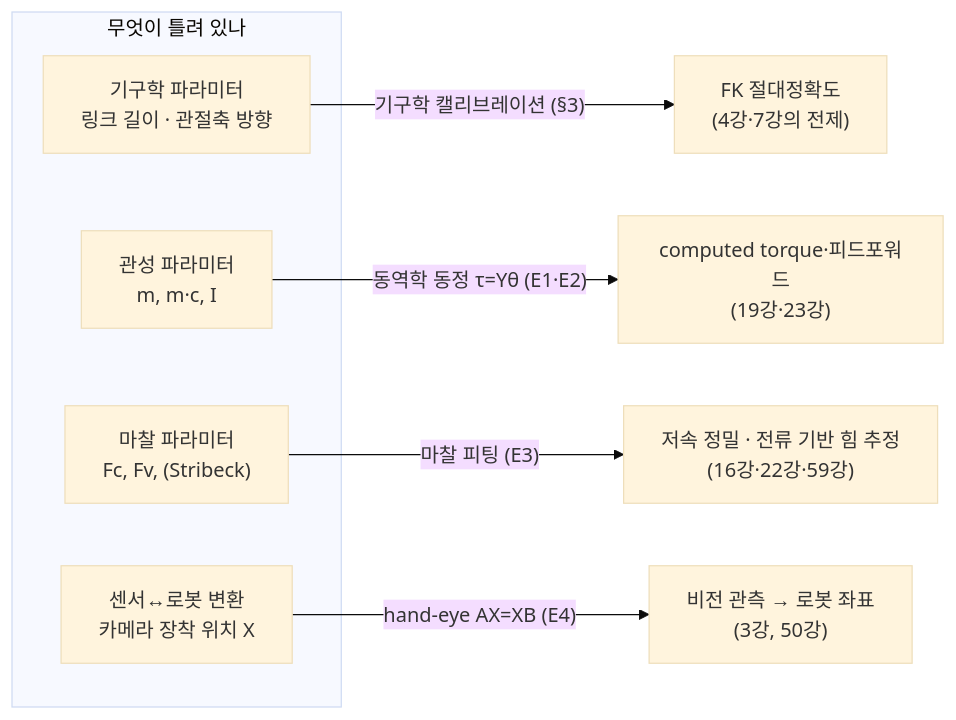
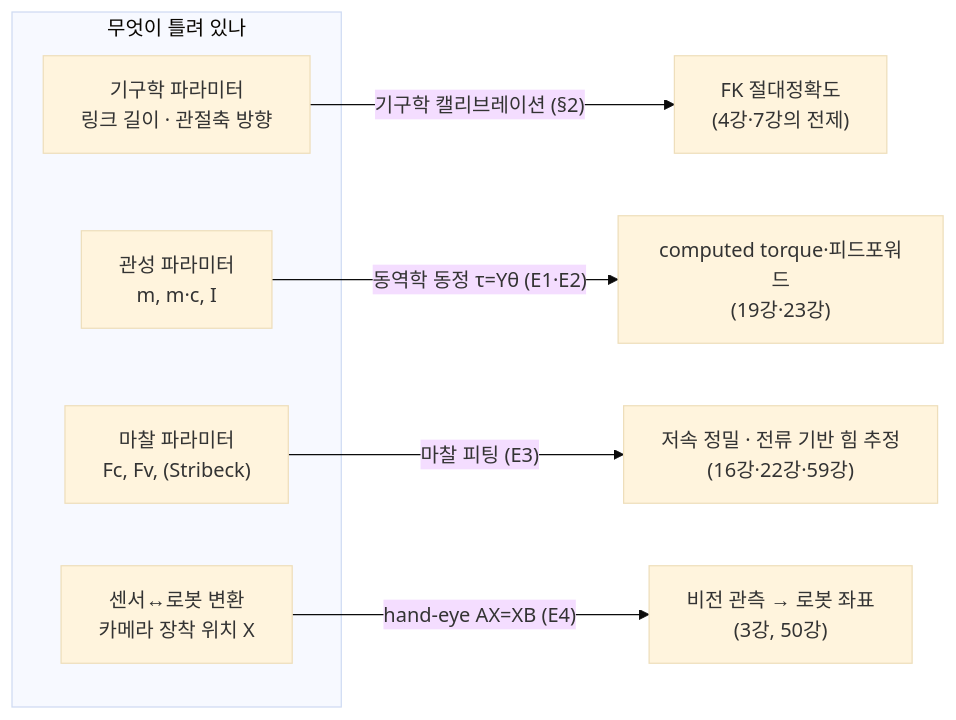
The first of 2 diagrams in part14-system-integration/lec60-system-identification-calibration.md (HPaper/physical-ai-curriculum), drawn with Mermaid (base theme) before and after one commit. The commit also changed other lines of this file and 40 other files, not shown here.

````diff
--- a/part14-system-integration/lec60-system-identification-calibration.md
+++ b/part14-system-integration/lec60-system-identification-calibration.md
@@ -34,13 +34,13 @@
 ```mermaid
 graph LR
     subgraph 무엇이 틀려 있나
         K["기구학 파라미터<br/>링크 길이 · 관절축 방향"]
         D["관성 파라미터<br/>m, m·c, I"]
         F["마찰 파라미터<br/>Fc, Fv, (Stribeck)"]
         X["센서↔로봇 변환<br/>카메라 장착 위치 X"]
     end
-    K -->|"기구학 캘리브레이션 (§3)"| A1["FK 절대정확도<br/>(4강·7강의 전제)"]
+    K -->|"기구학 캘리브레이션 (§2)"| A1["FK 절대정확도<br/>(4강·7강의 전제)"]
     D -->|"동역학 동정 τ=Yθ (E1·E2)"| A2["computed torque·피드포워드<br/>(19강·23강)"]
     F -->|"마찰 피팅 (E3)"| A3["저속 정밀 · 전류 기반 힘 추정<br/>(16강·22강·59강)"]
     X -->|"hand-eye AX=XB (E4)"| A4["비전 관측 → 로봇 좌표<br/>(3강, 50강)"]
 ```
````
